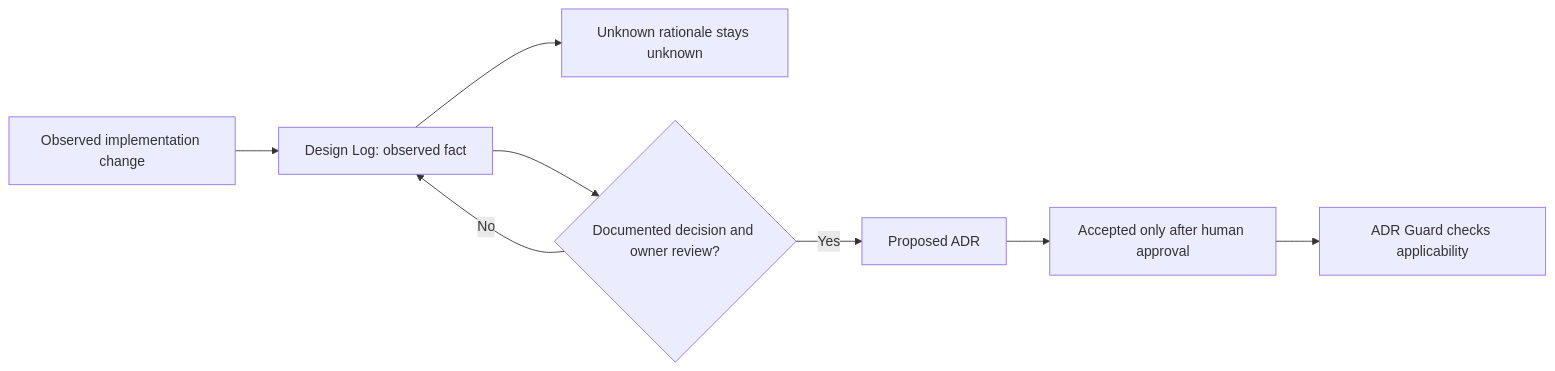
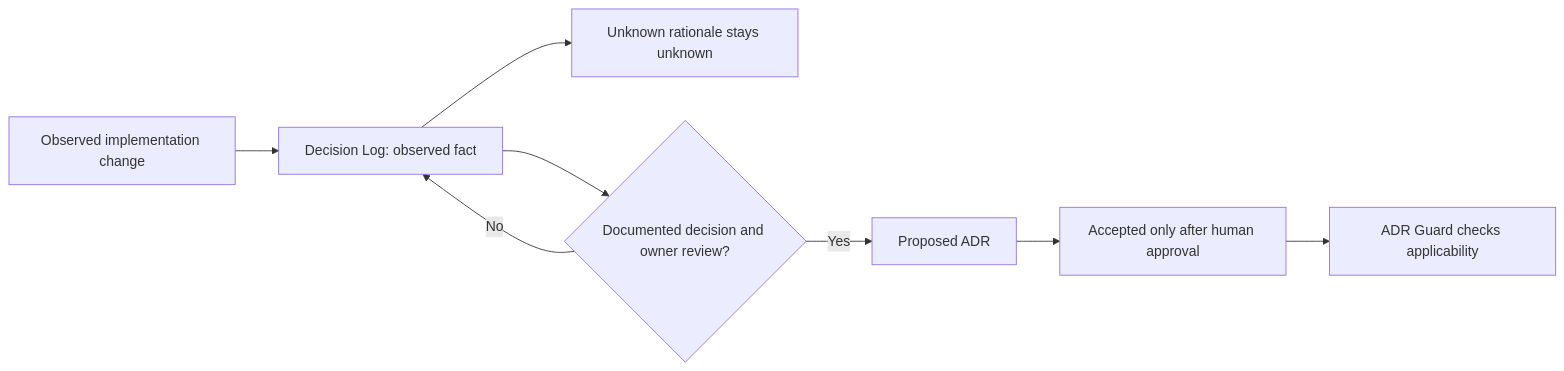
Before and after one commit to MichinaoShimizu/kiroku: the second of 2 diagrams in docs/adr/decision-continuity.md, drawn with Mermaid. The commit also changed other lines of this file and 62 other files, not shown here.

First line of the commit message:
docs: rename Design Log to Decision Log; accept ADRs 0022-0025 (#367)

````diff
--- a/docs/adr/decision-continuity.md
+++ b/docs/adr/decision-continuity.md
@@ -40,10 +40,10 @@
 ```mermaid
 flowchart LR
-    O["Observed implementation change"] --> DL["Design Log: observed fact"]
+    O["Observed implementation change"] --> DL["Decision Log: observed fact"]
     DL --> U["Unknown rationale stays unknown"]
     DL --> C{"Documented decision and owner review?"}
     C -- "No" --> DL
     C -- "Yes" --> PA["Proposed ADR"]
     PA --> AC["Accepted only after human approval"]
     AC --> GU["ADR Guard checks applicability"]
 ```
````
